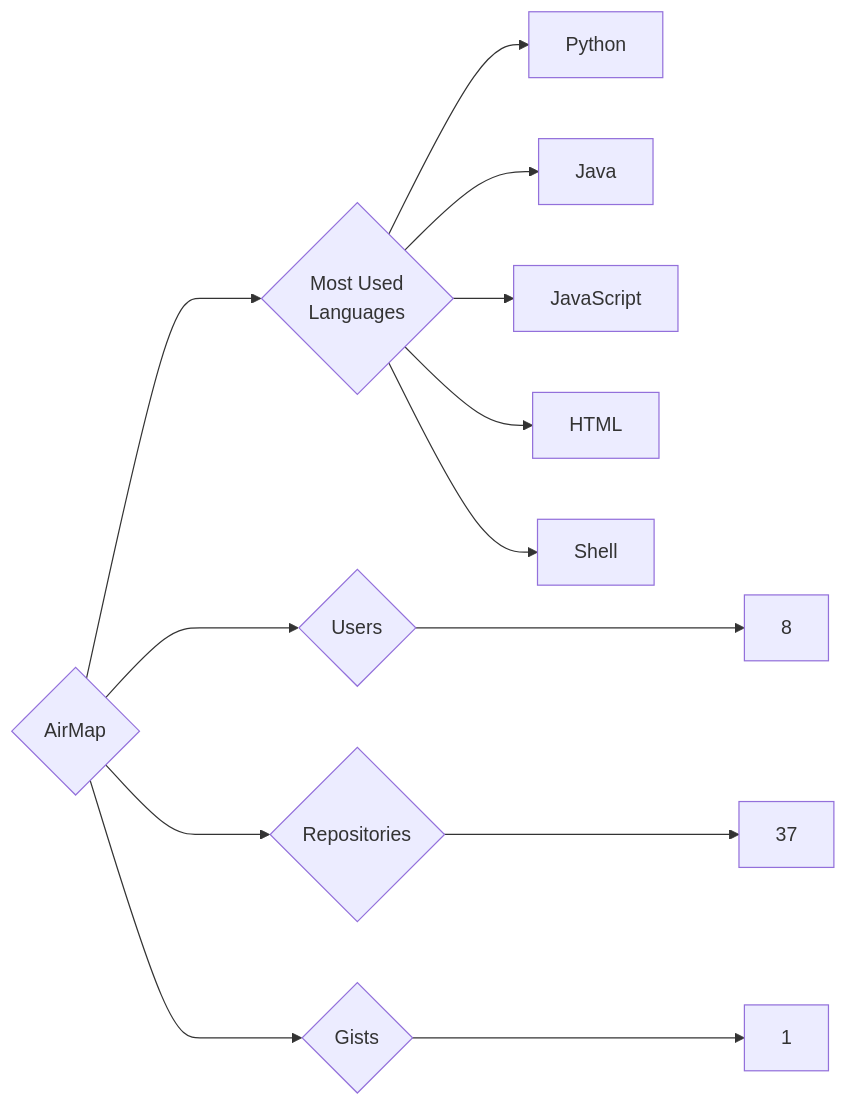
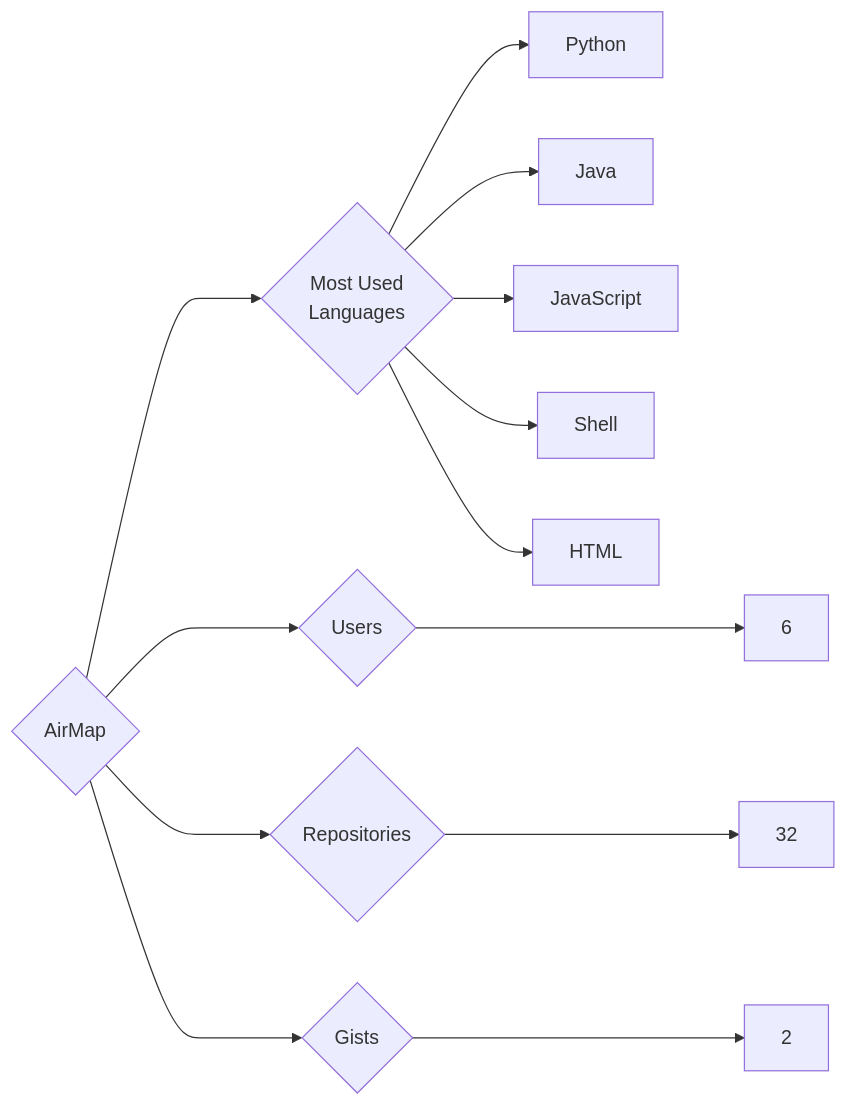
Before and after one commit to trickest/insiders: the diagram in targets/AirMap/README.md, drawn with Mermaid. The commit also changed 1212 other files, not shown here.

````diff
--- a/targets/AirMap/README.md
+++ b/targets/AirMap/README.md
@@ -3,13 +3,13 @@
 ```mermaid
 graph LR
 COMPANY_NAME{AirMap}
-COMPANY_NAME ---> U{Users} ---> UN[8]
-COMPANY_NAME ---> R{Repositories} ---> RN[37]
-COMPANY_NAME ---> G{Gists} ---> GN[1]
+COMPANY_NAME ---> U{Users} ---> UN[6]
+COMPANY_NAME ---> R{Repositories} ---> RN[32]
+COMPANY_NAME ---> G{Gists} ---> GN[2]
 COMPANY_NAME ---> ML{Most Used<br>Languages}
 ML --> Python[Python]
 ML --> Java[Java]
 ML --> JavaScript[JavaScript]
+ML --> Shell[Shell]
 ML --> HTML[HTML]
-ML --> Shell[Shell]
 ```
````
